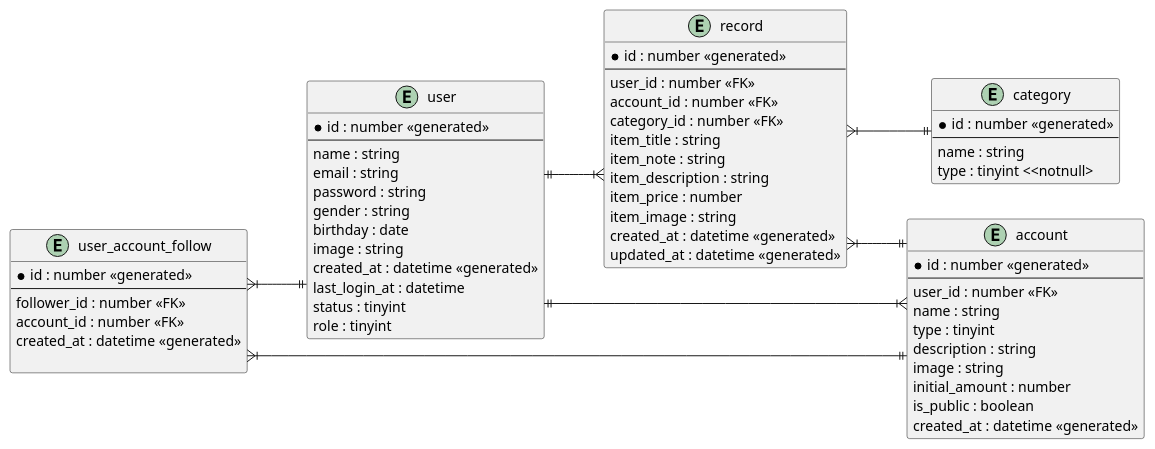
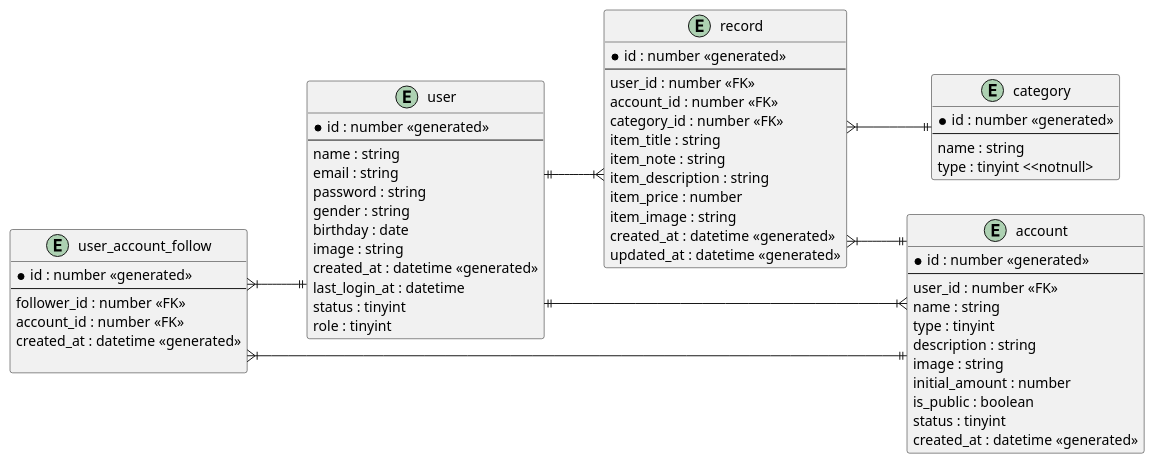
Before and after one commit to honeykokia/community-springboot: the diagram in src/main/java/com/example/demo/docs/er-diagram.puml, drawn with PlantUML. The commit also changed 19 other files, not shown here.

```diff
--- a/src/main/java/com/example/demo/docs/er-diagram.puml
+++ b/src/main/java/com/example/demo/docs/er-diagram.puml
@@ -1,76 +1,78 @@
 @startuml
 ' hide the spot
 ' hide circle
 
 ' avoid problems with angled crows feet
 skinparam linetype ortho
 
 left to right direction
 
 entity "user" as user {
     *id : number <<generated>>
     --
     ' style_id : number<<FK>>
     name : string
     email : string
     password : string
     gender : string
     birthday : date
     image : string
     created_at : datetime <<generated>>
     last_login_at : datetime
     status : tinyint
     role : tinyint
 }
 entity "account" as account{
     *id : number <<generated>>
     --
     user_id : number <<FK>>
     name : string
     type : tinyint
     description : string
     image : string
     initial_amount : number
     is_public : boolean
+    status : tinyint
     created_at : datetime <<generated>>
 }
+
 entity "user_account_follow" as user_account_follow{
     *id : number <<generated>>
     --
     follower_id : number <<FK>>
     account_id : number <<FK>>
     created_at : datetime <<generated>>
 
 }
 
 entity "record" as record{
     *id : number <<generated>>
     --
     user_id : number <<FK>>
     account_id : number <<FK>>
     category_id : number <<FK>>
     item_title : string
     item_note : string
     item_description : string
     item_price : number
     item_image : string
     created_at : datetime <<generated>>
     updated_at : datetime <<generated>>
 }
 
 
 entity "category" as category {
     *id : number <<generated>>
     --
     name : string
     type : tinyint <<notnull>
 }
 
     user ||--|{ record
     account }|--|| user
     record }|--|| category
     record }|--|| account
     user_account_follow }|--|| user
     user_account_follow }|--|| account
 
 @enduml
```
